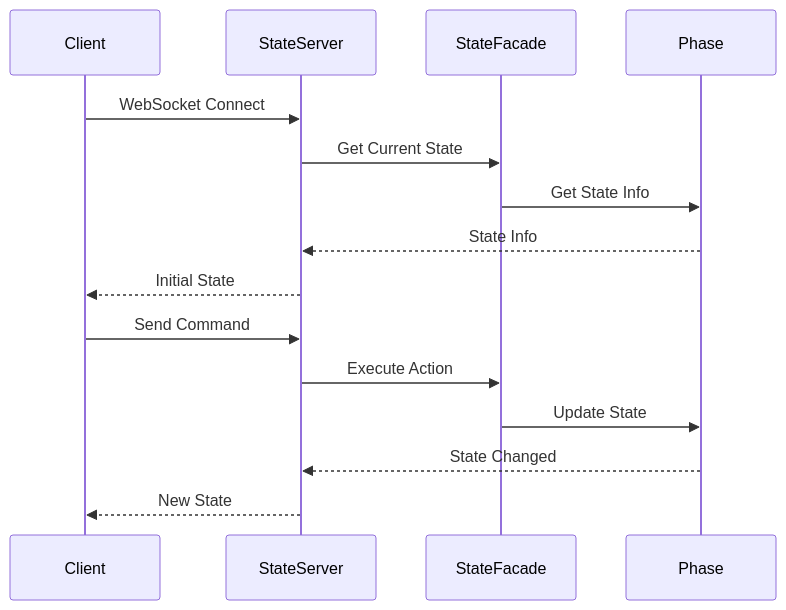
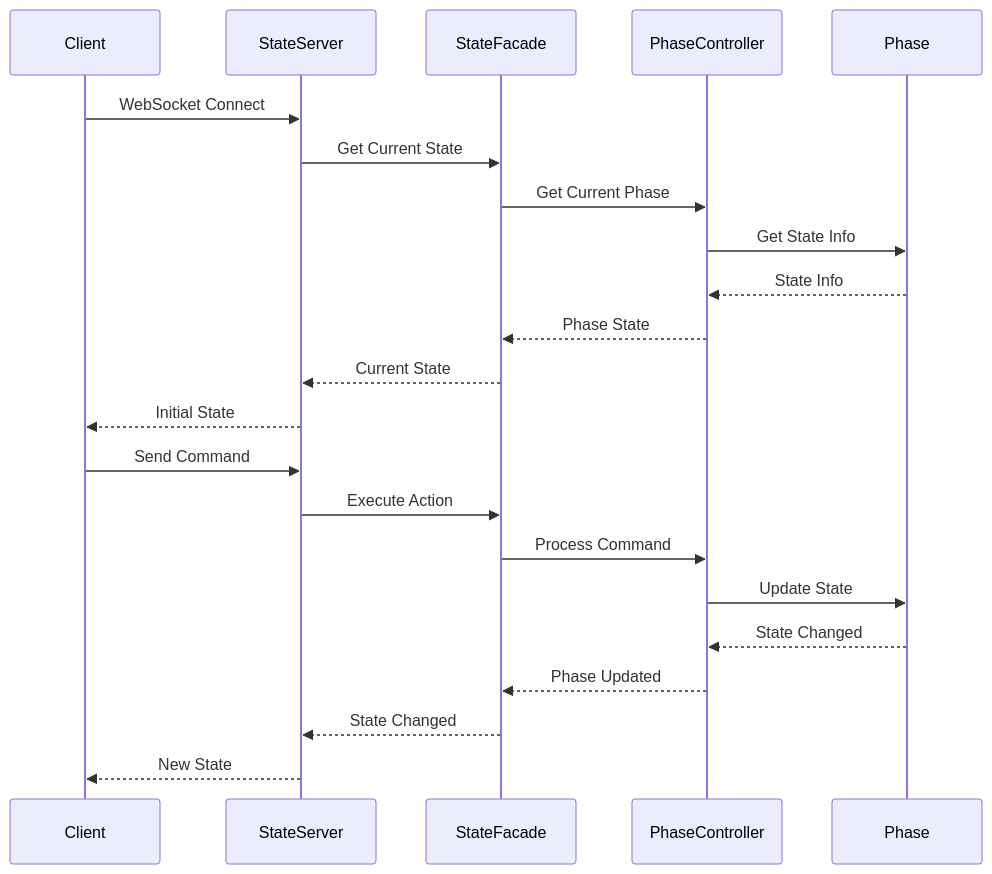
The second of 2 diagrams in docs/README.md (mormorbump/FsmStateMachineSample), drawn with Mermaid before and after one commit.

Commit message:
readme修正

````diff
--- a/docs/README.md
+++ b/docs/README.md
@@ -61,19 +61,26 @@
 ```mermaid
 sequenceDiagram
     participant C as Client
     participant S as StateServer
     participant F as StateFacade
+    participant PC as PhaseController
     participant P as Phase
 
     C->>S: WebSocket Connect
     S->>F: Get Current State
-    F->>P: Get State Info
-    P-->>S: State Info
+    F->>PC: Get Current Phase
+    PC->>P: Get State Info
+    P-->>PC: State Info
+    PC-->>F: Phase State
+    F-->>S: Current State
     S-->>C: Initial State
 
     C->>S: Send Command
     S->>F: Execute Action
-    F->>P: Update State
-    P-->>S: State Changed
+    F->>PC: Process Command
+    PC->>P: Update State
+    P-->>PC: State Changed
+    PC-->>F: Phase Updated
+    F-->>S: State Changed
     S-->>C: New State
 ```
````
